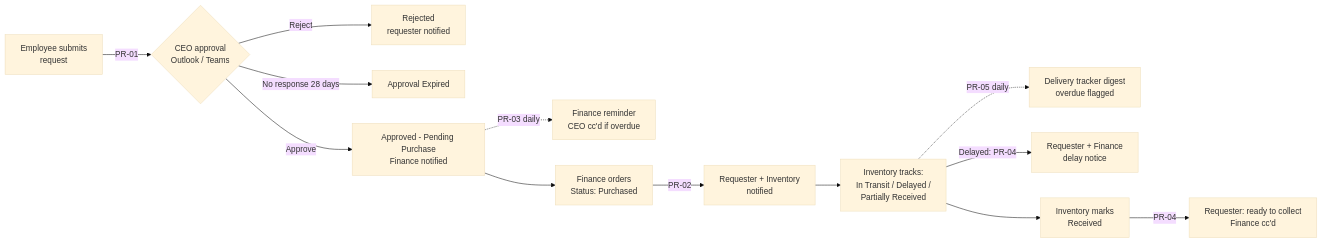
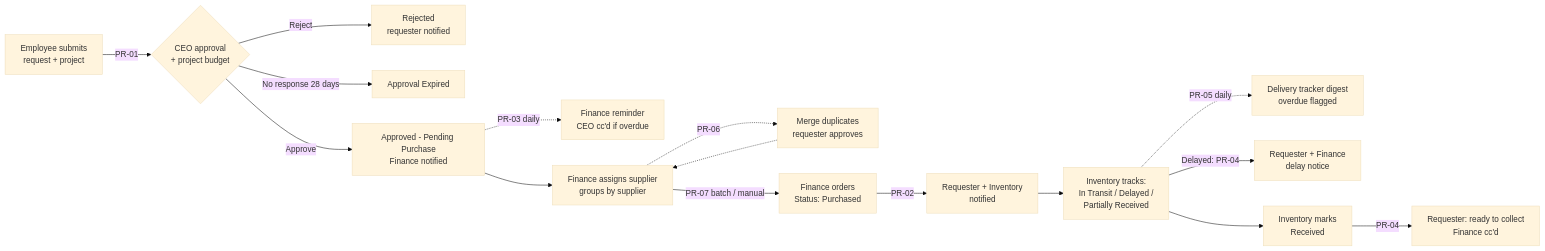
The diagram in README.md (AdarshSimon-git/OfficeAutomation), drawn with Mermaid (base theme) before and after one commit. The commit also changed other lines of this file and 12 other files, not shown here.

First line of the commit message:
Add projects, duplicate merging and supplier batch ordering

````diff
--- a/README.md
+++ b/README.md
@@ -36,15 +46,18 @@
 ```mermaid
 flowchart LR
-    A[Employee submits<br/>request] -->|PR-01| B{CEO approval<br/>Outlook / Teams}
+    A[Employee submits<br/>request + project] -->|PR-01| B{CEO approval<br/>+ project budget}
     B -- Reject --> R[Rejected<br/>requester notified]
     B -- No response 28 days --> X[Approval Expired]
     B -- Approve --> C[Approved - Pending Purchase<br/>Finance notified]
     C -.->|PR-03 daily| F[Finance reminder<br/>CEO cc'd if overdue]
-    C --> D[Finance orders<br/>Status: Purchased]
+    C --> S[Finance assigns supplier<br/>groups by supplier]
+    S -.->|PR-06| M[Merge duplicates<br/>requester approves]
+    M -.-> S
+    S -->|PR-07 batch / manual| D[Finance orders<br/>Status: Purchased]
     D -->|PR-02| I[Requester + Inventory<br/>notified]
     I --> T[Inventory tracks:<br/>In Transit / Delayed /<br/>Partially Received]
     T -.->|PR-05 daily| G[Delivery tracker digest<br/>overdue flagged]
     T -->|Delayed: PR-04| DN[Requester + Finance<br/>delay notice]
     T --> RC[Inventory marks<br/>Received]
     RC -->|PR-04| RN[Requester: ready to collect<br/>Finance cc'd]
 ```
````
